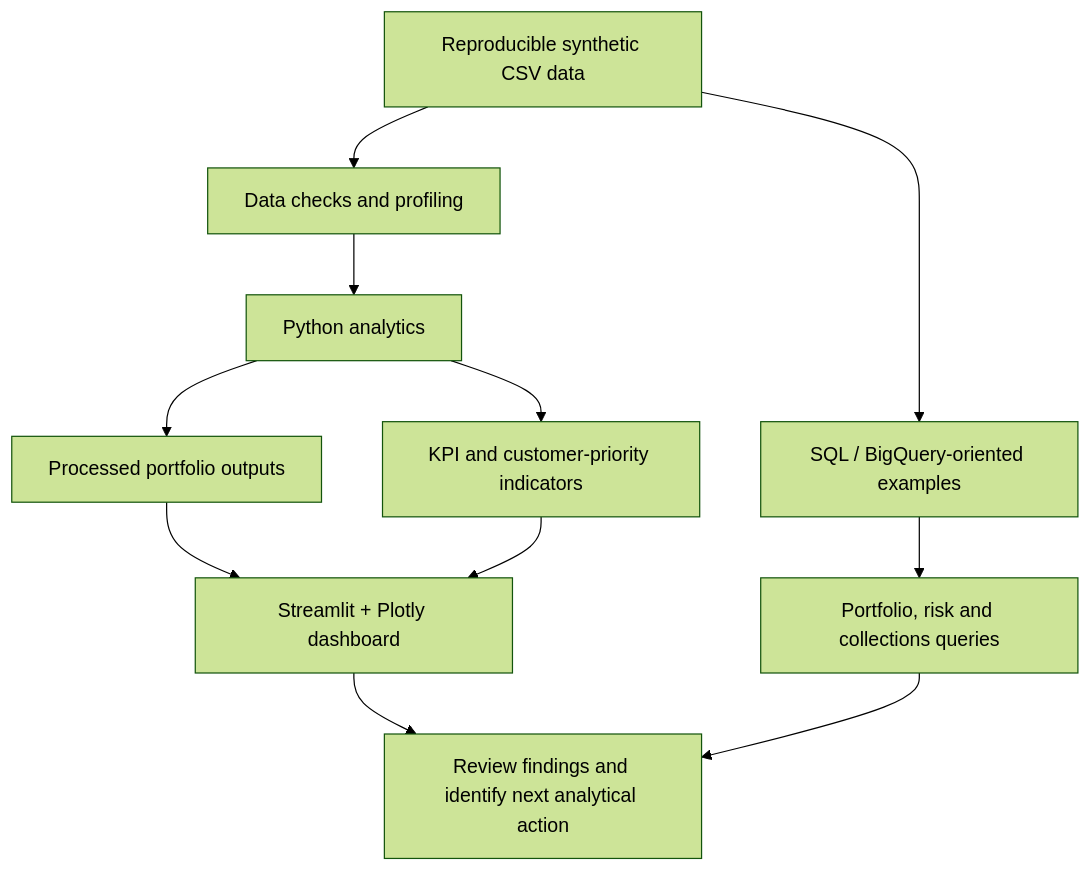
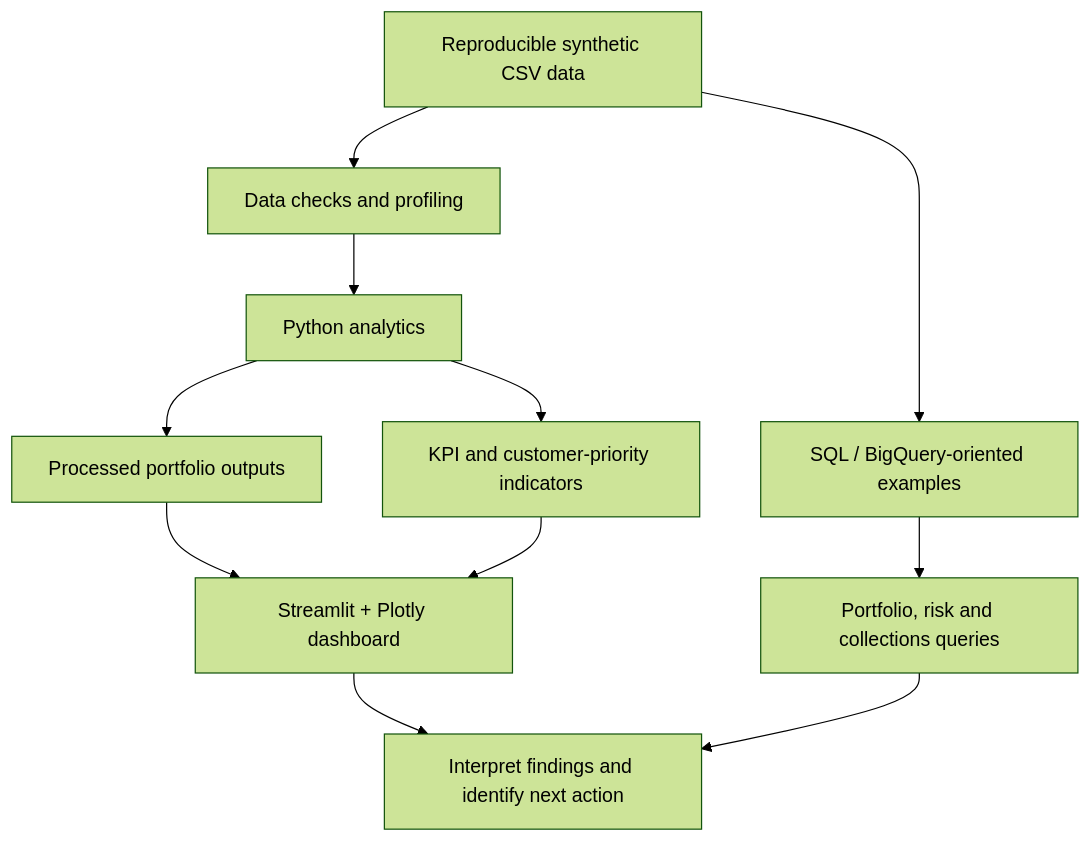
The diagram in README.md (VidhyaBoda/CreditLens-360-BFSI-Analytics), drawn with Mermaid (forest theme) before and after one commit. The commit also changed other lines of this file, not shown here.

````diff
--- a/README.md
+++ b/README.md
@@ -100,13 +101,13 @@
 ```mermaid
 flowchart TD
     A[Reproducible synthetic CSV data] --> B[Data checks and profiling]
     B --> C[Python analytics]
     C --> D[Processed portfolio outputs]
     C --> E[KPI and customer-priority indicators]
     A --> F[SQL / BigQuery-oriented examples]
     D --> G[Streamlit + Plotly dashboard]
     E --> G
     F --> H[Portfolio, risk and collections queries]
-    G --> I[Review findings and identify next analytical action]
+    G --> I[Interpret findings and identify next action]
     H --> I
 ```
````
